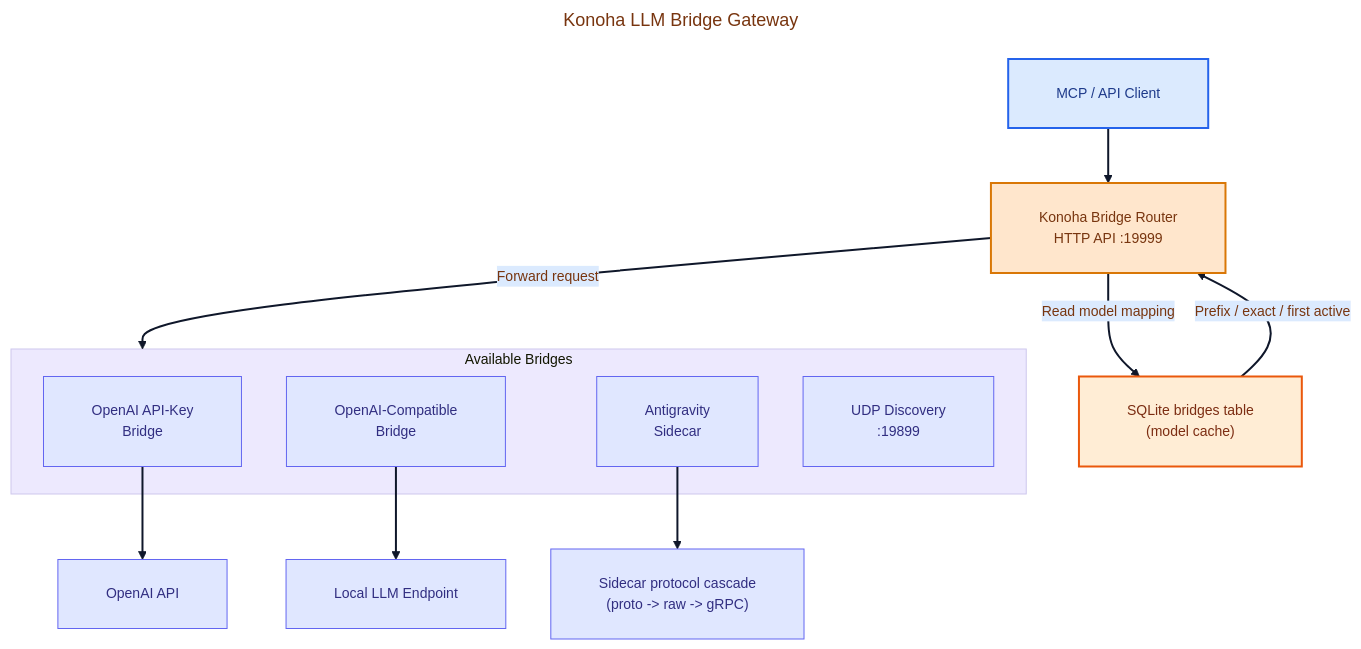
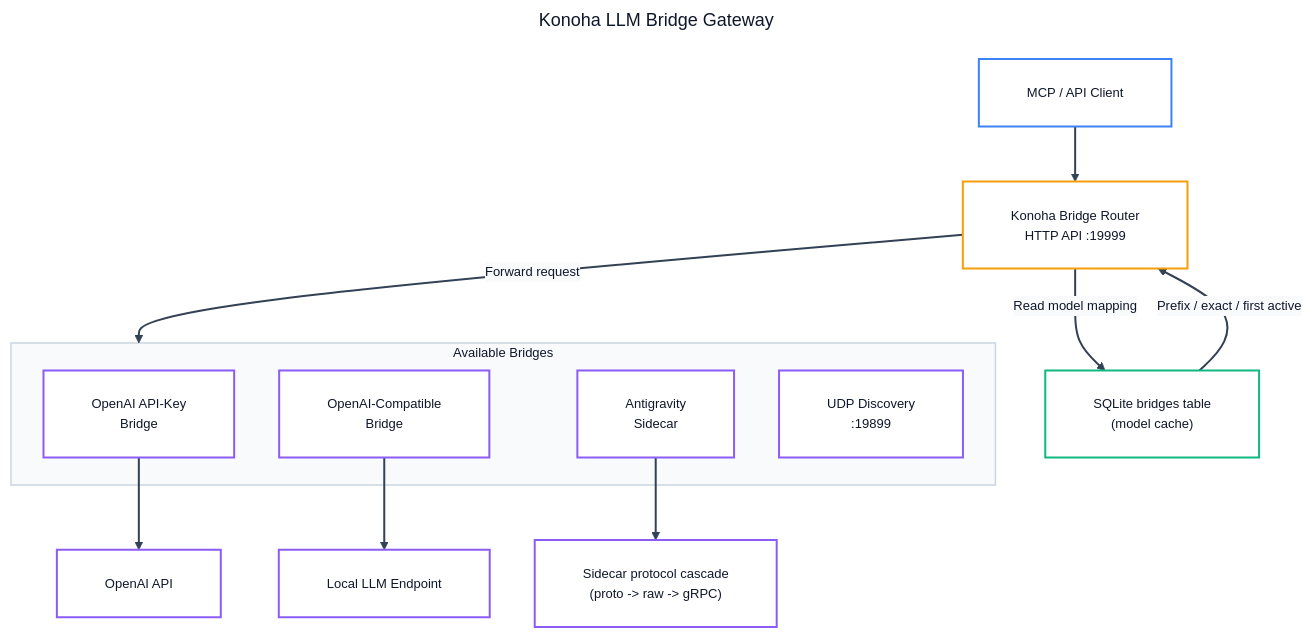
The diagram in docs/LLM-BRIDGE-GATEWAY.md (andycungkrinx91/konoha), drawn with Mermaid before and after one commit. The commit also changed 107 other files, not shown here.

````diff
--- a/docs/LLM-BRIDGE-GATEWAY.md
+++ b/docs/LLM-BRIDGE-GATEWAY.md
@@ -11,50 +11,54 @@
 ```mermaid
 ---
 title: Konoha LLM Bridge Gateway
 config:
   theme: base
   themeVariables:
+    darkMode: false
     background: '#ffffff'
     mainBkg: '#ffffff'
-    primaryColor: '#ffe6cc'
-    primaryTextColor: '#78350f'
-    primaryBorderColor: '#d97706'
-    lineColor: '#0f172a'
-    arrowheadColor: '#0f172a'
-    secondaryColor: '#dbeafe'
-    tertiaryColor: '#ede9fe'
-    fontFamily: 'Inter, system-ui, sans-serif'
-    fontSize: '14px'
+    primaryColor: '#ffffff'
+    primaryTextColor: '#0f172a'
+    primaryBorderColor: '#3b82f6'
+    lineColor: '#334155'
+    arrowheadColor: '#334155'
+    secondaryColor: '#f8fafc'
+    tertiaryColor: '#ffffff'
+    fontFamily: 'Inter, system-ui, -apple-system, sans-serif'
+    fontSize: '13px'
   flowchart:
     nodeSpacing: 45
     rankSpacing: 55
     padding: 24
     wrappingWidth: 380
 ---
 flowchart TB
     Client["MCP / API Client"] --> Gateway["Konoha Bridge Router<br/>HTTP API :19999"]
     Gateway -->|Read model mapping| Bridges["SQLite bridges table<br/>(model cache)"]
     Bridges -->|Prefix / exact / first active| Gateway
 
     subgraph BridgesLayer ["Available Bridges"]
         OpenAI["OpenAI API-Key<br/>Bridge"]
         Compatible["OpenAI-Compatible<br/>Bridge"]
         Antigravity["Antigravity<br/>Sidecar"]
         Discovery["UDP Discovery<br/>:19899"]
     end
 
     Gateway -->|Forward request| BridgesLayer
     OpenAI --> OpenAIAPI["OpenAI API"]
     Compatible --> Local["Local LLM Endpoint"]
     Antigravity --> Cascade["Sidecar protocol cascade<br/>(proto -> raw -> gRPC)"]
 
-    linkStyle default stroke:#0f172a,stroke-width:2px;
-    classDef client fill:#dbeafe,stroke:#2563eb,color:#1e3a8a,stroke-width:2px
-    classDef gateway fill:#ffe6cc,stroke:#d97706,color:#78350f,stroke-width:2px
-    classDef bridge fill:#e0e7ff,stroke:#6366f1,color:#312e81
-    classDef storage fill:#ffedd5,stroke:#ea580c,color:#7c2d12,stroke-width:2px
-    class Client client
-    class Gateway gateway
-    class OpenAI,Compatible,Antigravity,OpenAIAPI,Local,Cascade,Discovery bridge
-    class Bridges storage
+    linkStyle default stroke:#334155,stroke-width:2px;
+    style BridgesLayer fill:#f8fafc,stroke:#cbd5e1,stroke-width:1.5px,color:#0f172a;
+
+    classDef clientNode fill:#ffffff,stroke:#3b82f6,color:#0f172a,stroke-width:2px;
+    classDef gatewayNode fill:#ffffff,stroke:#f59e0b,color:#0f172a,stroke-width:2px;
+    classDef bridgeNode fill:#ffffff,stroke:#8b5cf6,color:#0f172a,stroke-width:2px;
+    classDef storageNode fill:#ffffff,stroke:#10b981,color:#0f172a,stroke-width:2px;
+
+    class Client clientNode;
+    class Gateway gatewayNode;
+    class OpenAI,Compatible,Antigravity,OpenAIAPI,Local,Cascade,Discovery bridgeNode;
+    class Bridges storageNode;
 ```
````
